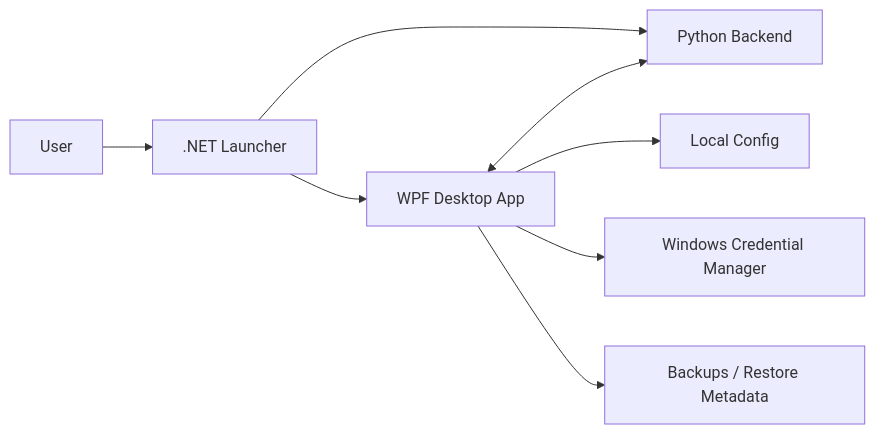
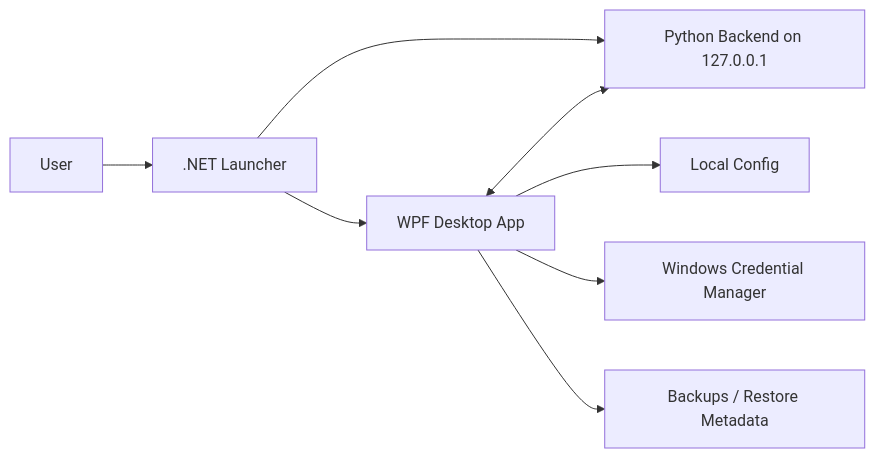
Before and after one commit to jxxzy/HyperBoostX: the diagram in README.md, drawn with Mermaid. The commit also changed other lines of this file and 116 other files, not shown here.

````diff
--- a/README.md
+++ b/README.md
@@ -156,10 +76,10 @@
 ```mermaid
 flowchart LR
     User[User] --> Launcher[.NET Launcher]
-    Launcher --> Backend[Python Backend]
+    Launcher --> Backend[Python Backend on 127.0.0.1]
     Launcher --> WPF[WPF Desktop App]
     WPF <--> Backend
     WPF --> Config[Local Config]
     WPF --> Creds[Windows Credential Manager]
-    WPF --> Backups[Backups / Restore Metadata]
+    WPF --> Restore[Backups / Restore Metadata]
 ```
````
